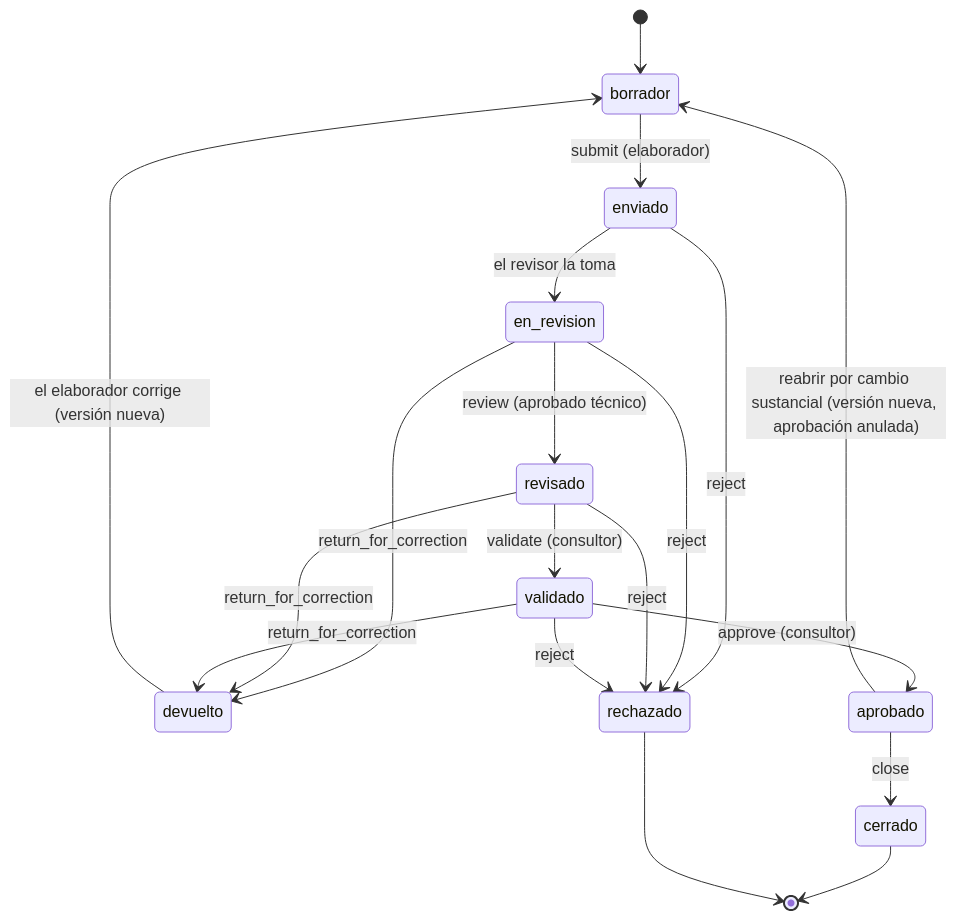
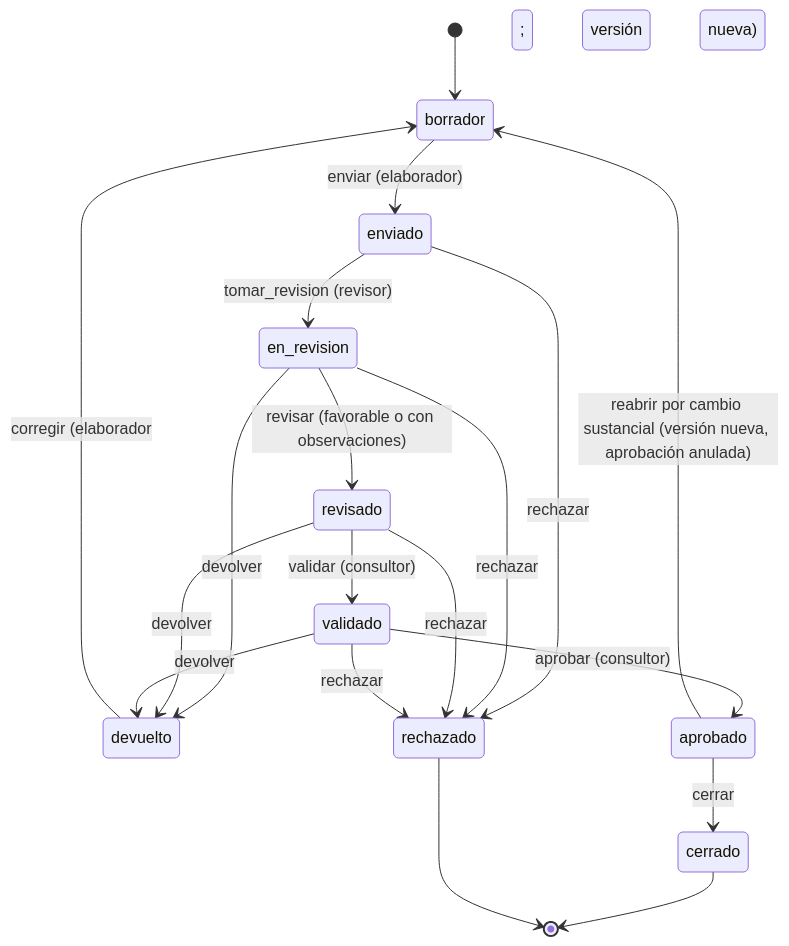
One commit to stratec-mx/stratec-strategic-vision changed the first of 5 diagrams in docs/m-desr/02-modelo-logico.md. Above: the diagram before and after it, drawn with Mermaid. The commit also changed other lines of this file and 2 other files, not shown here.

First line of the commit message:
M-DESR Doc 02 v0.2: alineado con el script 09 publicado y revisión cruzada de 02 y 09

````diff
--- a/docs/m-desr/02-modelo-logico.md
+++ b/docs/m-desr/02-modelo-logico.md
@@ -256,21 +268,21 @@
 ```mermaid
 stateDiagram-v2
     [*] --> borrador
-    borrador --> enviado: submit (elaborador)
-    enviado --> en_revision: el revisor la toma
-    en_revision --> devuelto: return_for_correction
-    en_revision --> revisado: review (aprobado técnico)
-    revisado --> validado: validate (consultor)
-    revisado --> devuelto: return_for_correction
-    validado --> aprobado: approve (consultor)
-    validado --> devuelto: return_for_correction
-    devuelto --> borrador: el elaborador corrige (versión nueva)
-    enviado --> rechazado: reject
-    en_revision --> rechazado: reject
-    revisado --> rechazado: reject
-    validado --> rechazado: reject
-    aprobado --> cerrado: close
+    borrador --> enviado: enviar (elaborador)
+    enviado --> en_revision: tomar_revision (revisor)
+    en_revision --> devuelto: devolver
+    en_revision --> revisado: revisar (favorable o con observaciones)
+    revisado --> validado: validar (consultor)
+    revisado --> devuelto: devolver
+    validado --> aprobado: aprobar (consultor)
+    validado --> devuelto: devolver
+    devuelto --> borrador: corregir (elaborador; versión nueva)
+    enviado --> rechazado: rechazar
+    en_revision --> rechazado: rechazar
+    revisado --> rechazado: rechazar
+    validado --> rechazado: rechazar
+    aprobado --> cerrado: cerrar
     aprobado --> borrador: reabrir por cambio sustancial (versión nueva, aprobación anulada)
     cerrado --> [*]
     rechazado --> [*]
 ```
````
